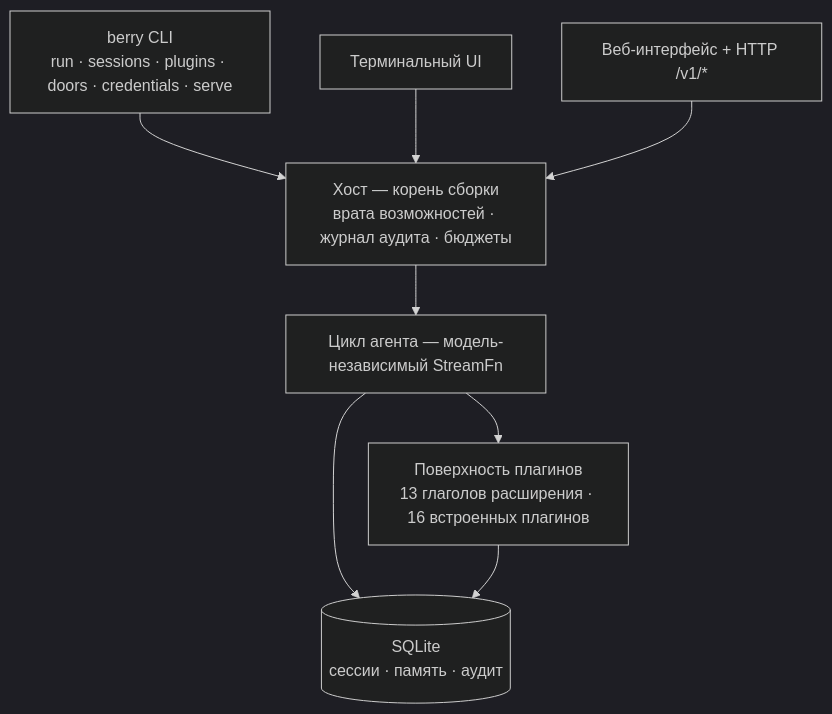
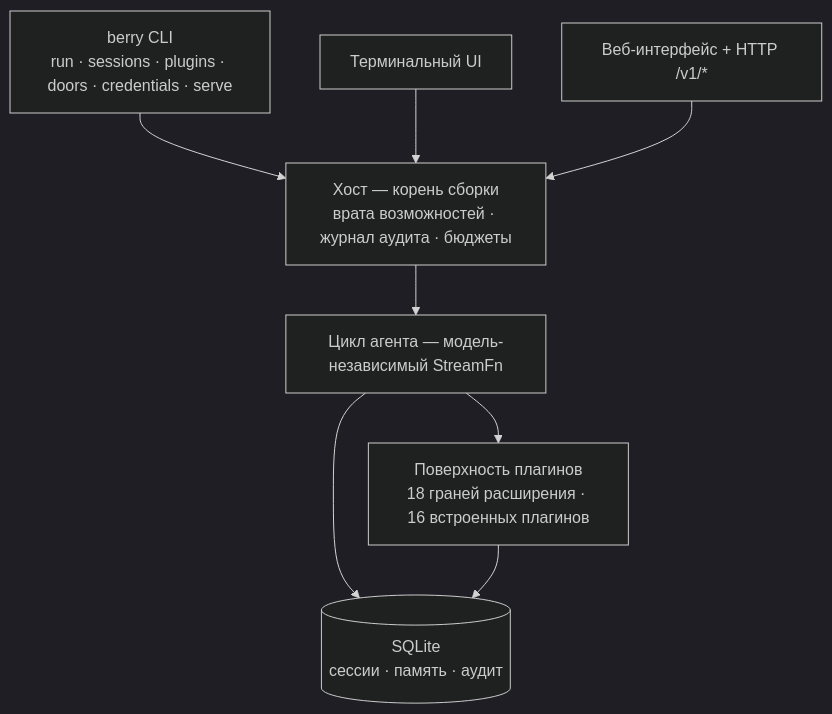
One commit to miuiadmin/berry-agent changed the diagram in README.ru.md. Above: the diagram before and after it, drawn with Mermaid (dark theme). The commit also changed 10 other files, not shown here.

First line of the commit message:
fix(docs): ctx 能力面表补交互/压缩策略两行 + check 半装配标注 + 六语 mermaid 18 扩展面 + 知识域死指全清（doc-1/2/4 + eng-1②/eng-4 + rl-1/rl-2）

````diff
--- a/README.ru.md
+++ b/README.ru.md
@@ -135,17 +135,17 @@
 ```mermaid
 graph TD
     CLI["berry CLI<br/>run · sessions · plugins · doors · credentials · serve"]
     TUI["Терминальный UI"]
     WEB["Веб-интерфейс + HTTP /v1/*"]
     HOST["Хост — корень сборки<br/>врата возможностей · журнал аудита · бюджеты"]
     LOOP["Цикл агента — модель-независимый StreamFn"]
-    PLUGINS["Поверхность плагинов<br/>13 глаголов расширения · 16 встроенных плагинов"]
+    PLUGINS["Поверхность плагинов<br/>18 граней расширения · 16 встроенных плагинов"]
     STORE[("SQLite<br/>сессии · память · аудит")]
     CLI --> HOST
     TUI --> HOST
     WEB --> HOST
     HOST --> LOOP
     LOOP --> PLUGINS
     LOOP --> STORE
     PLUGINS --> STORE
 ```
````
